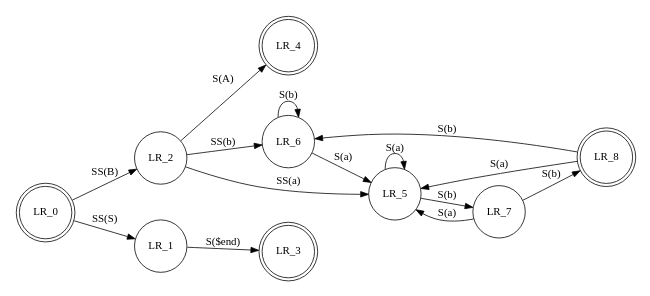
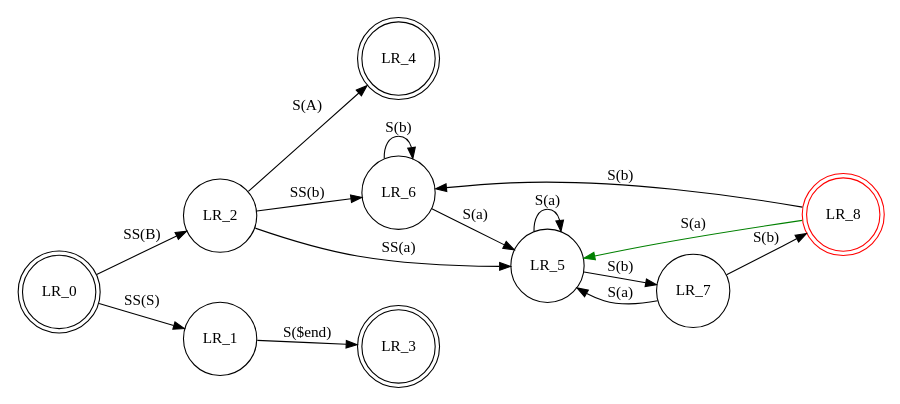
One commit to pmichna/Finite changed the diagram in Finite/bin/Debug/graphviz/myfsm.dot. Above: the diagram before and after it, drawn with Graphviz. The commit also changed 19 other files, not shown here.

```diff
--- a/Finite/bin/Debug/graphviz/myfsm.dot
+++ b/Finite/bin/Debug/graphviz/myfsm.dot
@@ -1,20 +1,21 @@
 digraph finite_state_machine {
 	rankdir=LR;
-	size="5,5"
+	size="7,5"
 	node [shape = doublecircle]; LR_0 LR_3 LR_4 LR_8;
 	node [shape = circle];
 	LR_0 -> LR_2 [ label = "SS(B)" ];
 	LR_0 -> LR_1 [ label = "SS(S)" ];
 	LR_1 -> LR_3 [ label = "S($end)" ];
 	LR_2 -> LR_6 [ label = "SS(b)" ];
 	LR_2 -> LR_5 [ label = "SS(a)" ];
 	LR_2 -> LR_4 [ label = "S(A)" ];
 	LR_5 -> LR_7 [ label = "S(b)" ];
 	LR_5 -> LR_5 [ label = "S(a)" ];
 	LR_6 -> LR_6 [ label = "S(b)" ];
 	LR_6 -> LR_5 [ label = "S(a)" ];
 	LR_7 -> LR_8 [ label = "S(b)" ];
 	LR_7 -> LR_5 [ label = "S(a)" ];
 	LR_8 -> LR_6 [ label = "S(b)" ];
-	LR_8 -> LR_5 [ label = "S(a)" ];
+	LR_8 -> LR_5 [ label = "S(a)", color=green];
+	LR_8 [color=red];
 }
```
